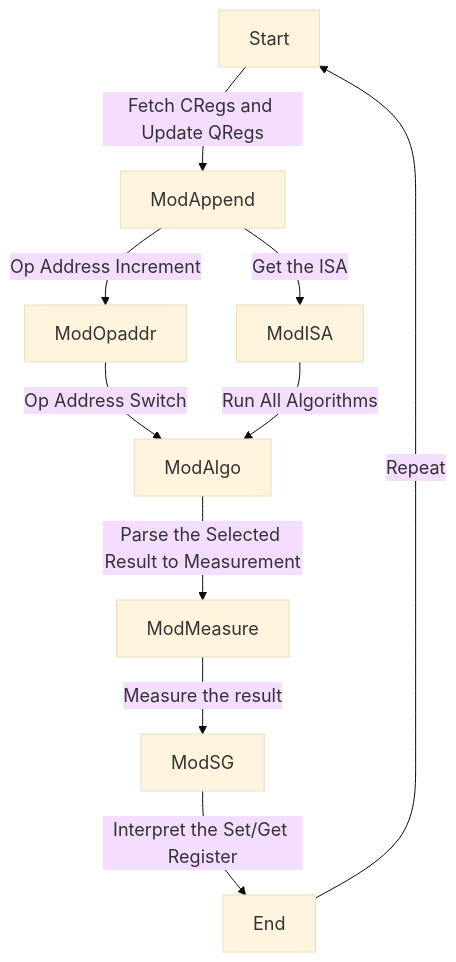
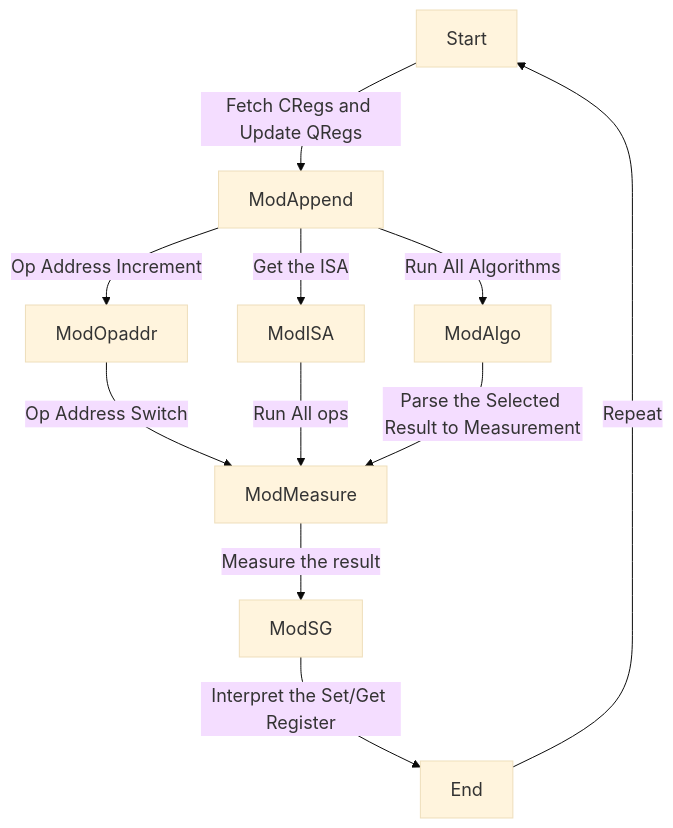
One commit to alcyhk/gisc changed the diagram in README.md. Above: the diagram before and after it, drawn with Mermaid. The commit also changed other lines of this file, not shown here.

Commit message:
Update README.md
Architecture(Mermaid): parallel algorithum

````diff
--- a/README.md
+++ b/README.md
@@ -66,14 +66,15 @@
 ```mermaid
 %%{init: {'theme': 'base', 'themeVariables': { 'fontSize': '18px', 'fontFamily': 'Inter'}}}%%
 graph TD;
     Start -- Fetch CRegs and Update QRegs--> ModAppend;
     ModAppend -- Op Address Increment --> ModOpaddr;
     ModAppend -- Get the ISA --> ModISA;
-    ModOpaddr -- Op Address Switch --> ModAlgo;
-    ModISA -- Run All Algorithms--> ModAlgo;
+    ModAppend -- Run All Algorithms --> ModAlgo;
+    ModOpaddr -- Op Address Switch --> ModMeasure;
+    ModISA -- Run All ops--> ModMeasure;
     ModAlgo -- Parse the Selected Result to Measurement --> ModMeasure;
     ModMeasure -- Measure the result --> ModSG;
     ModSG -- Interpret the Set/Get Register --> End;
     End -- Repeat --> Start
     
 ```
````
